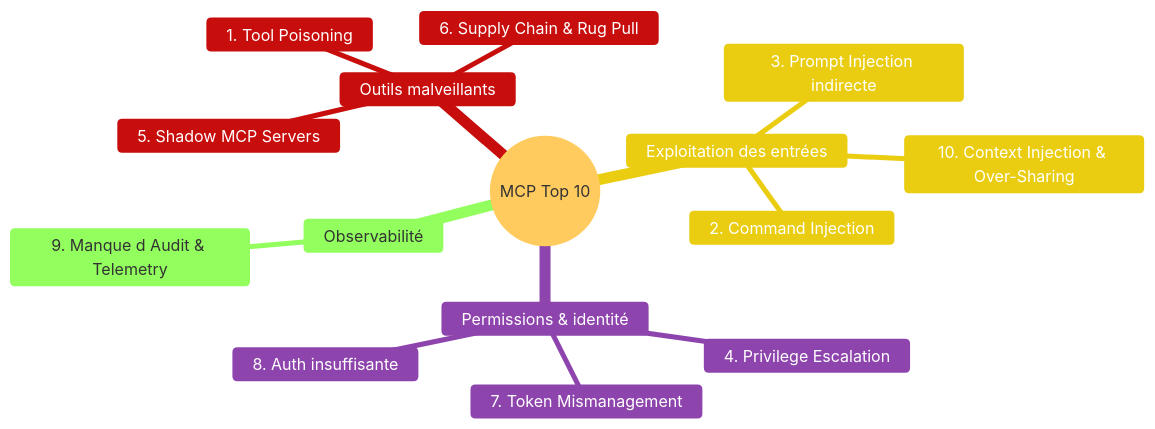
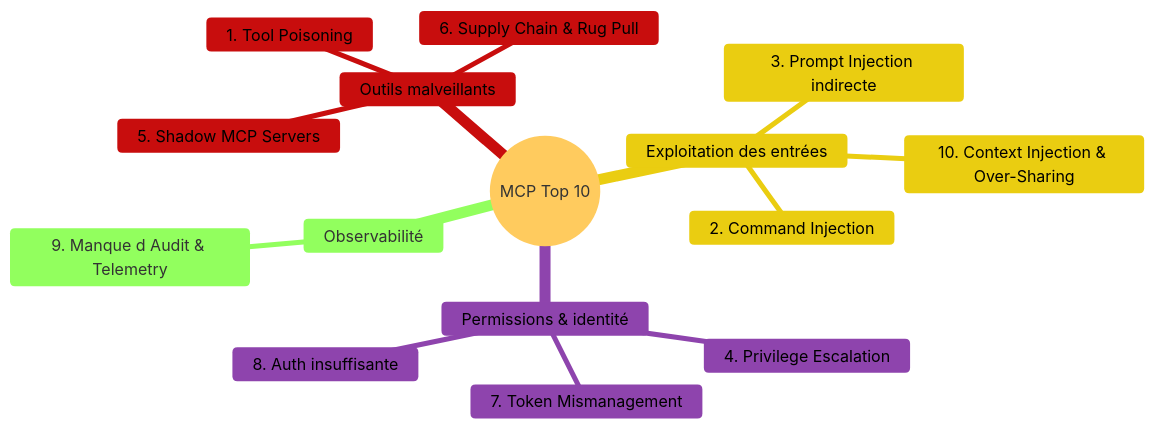
The second of 9 diagrams in step_12.md (pi-2r/devoxxfr2026-workshop-jailbreak-prompt-injection-mcp-poisoning), drawn with Mermaid before and after one commit.

Commit message:
remove borders

````diff
--- a/step_12.md
+++ b/step_12.md
@@ -93,19 +93,19 @@
 ```mermaid
-%%{init: {'theme': 'base', 'themeVariables': {'cScale0': '#078121', 'cScaleLabel0': '#ffffff', 'cScale1': '#c80d0d', 'cScaleLabel1': '#ffffff', 'cScale2': '#eacd11', 'cScaleLabel2': '#ffffff', 'cScale3': '#8e44ad', 'cScaleLabel3': '#ffffff', 'cScalePeer1': '#078121', 'cScalePeerLabel1': '#ffffff', 'cScalePeer2': '#c80d0d', 'cScalePeerLabel2': '#ffffff', 'cScalePeer3': '#eacd11', 'cScalePeerLabel3': '#ffffff', 'cScalePeer4': '#7d3c98', 'cScalePeerLabel4': '#ffffff'}}}%%
+%%{init: {'theme': 'base', 'themeVariables': {'cScale0': '#078121', 'cScaleLabel0': '#000000', 'cScale1': '#c80d0d', 'cScaleLabel1': '#000000', 'cScale2': '#eacd11', 'cScaleLabel2': '#000000', 'cScale3': '#8e44ad', 'cScaleLabel3': '#000000', 'cScalePeer1': '#078121', 'cScalePeerLabel1': '#000000', 'cScalePeer2': '#c80d0d', 'cScalePeerLabel2': '#000000', 'cScalePeer3': '#eacd11', 'cScalePeerLabel3': '#000000', 'cScalePeer4': '#7d3c98', 'cScalePeerLabel4': '#000000', 'nodeBorderWidth': '0px'}}}%%
 mindmap
   root((MCP Top 10))
     Outils malveillants
       1. Tool Poisoning
       6. Supply Chain & Rug Pull
       5. Shadow MCP Servers
     Exploitation des entrées
       2. Command Injection
       3. Prompt Injection indirecte
       10. Context Injection & Over-Sharing
     Permissions & identité
       4. Privilege Escalation
       7. Token Mismanagement
       8. Auth insuffisante
     Observabilité
       9. Manque d Audit & Telemetry
 ```
````
